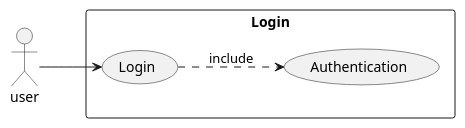
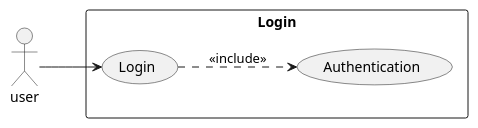
One commit to COS301-SE-2023/InfoSafe changed the diagram in Documentation/Diagrams/Login-and-Authentication.puml. Above: the diagram before and after it, drawn with PlantUML. The commit also changed 1 other file, not shown here.

```diff
--- a/Documentation/Diagrams/Login-and-Authentication.puml
+++ b/Documentation/Diagrams/Login-and-Authentication.puml
@@ -1,11 +1,11 @@
 @startuml
 left to right direction
 actor "user" as user
 rectangle Login {
 usecase "Login" as log
 Usecase "Authentication" as auth
 }
 
 user --> log
-log ..> auth : include
+log ..> auth : <<include>>
 @enduml
```
